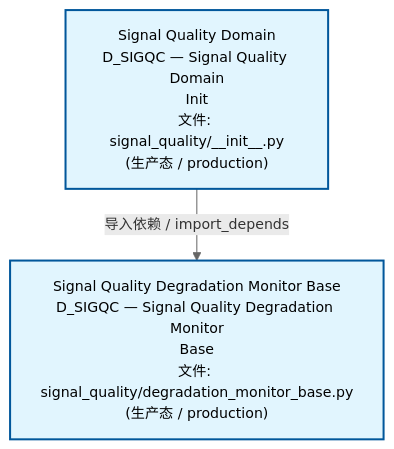
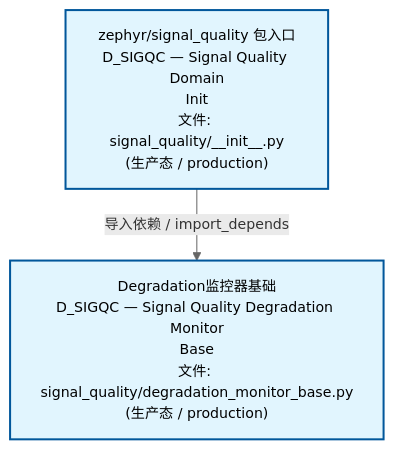
One commit to xuanFelixVan/ZephyrAlpha changed the second of 3 diagrams in docs/02_enterprise_architecture/02_domain_architecture_docs/69_d_sigqc.md. Above: the diagram before and after it, drawn with Mermaid. The commit also changed other lines of this file and 56 other files, not shown here.

````diff
--- a/docs/02_enterprise_architecture/02_domain_architecture_docs/69_d_sigqc.md
+++ b/docs/02_enterprise_architecture/02_domain_architecture_docs/69_d_sigqc.md
@@ -75,12 +75,12 @@
 ```mermaid
 %%{init: {'theme': 'base', 'themeVariables': {'primaryColor': '#eaeaea', 'primaryTextColor': '#333333', 'primaryBorderColor': '#666666', 'lineColor': '#666666', 'secondaryColor': '#eaeaea', 'tertiaryColor': '#eaeaea', 'fontSize': '14px'}}}%%
 flowchart TD
-    src_zephyr_signal_quality_init_py["Signal Quality Domain<br/>D_SIGQC — Signal Quality Domain<br/>Init<br/>文件: signal_quality/__init__.py<br/>(生产态 / production)"]
-    src_zephyr_signal_quality_degradation_monitor_base_py["Signal Quality Degradation Monitor Base<br/>D_SIGQC — Signal Quality Degradation Monitor<br/>Base<br/>文件: signal_quality/degradation_monitor_base.py<br/>(生产态 / production)"]
+    src_zephyr_signal_quality_init_py["zephyr/signal_quality 包入口<br/>D_SIGQC — Signal Quality Domain<br/>Init<br/>文件: signal_quality/__init__.py<br/>(生产态 / production)"]
+    src_zephyr_signal_quality_degradation_monitor_base_py["Degradation监控器基础<br/>D_SIGQC — Signal Quality Degradation Monitor<br/>Base<br/>文件: signal_quality/degradation_monitor_base.py<br/>(生产态 / production)"]
     src_zephyr_signal_quality_init_py -->|导入依赖 / import_depends| src_zephyr_signal_quality_degradation_monitor_base_py
     classDef production fill:#e1f5fe,stroke:#01579b,stroke-width:2px,color:#000
     classDef design fill:#fff3e0,stroke:#e65100,stroke-width:2px,color:#000,stroke-dasharray: 5 5
     classDef external_prod fill:#e8f4fd,stroke:#0277bd,stroke-width:1px,color:#000
     classDef external_design fill:#fff8e7,stroke:#ef6c00,stroke-width:1px,color:#000,stroke-dasharray: 5 5
     class src_zephyr_signal_quality_init_py,src_zephyr_signal_quality_degradation_monitor_base_py production
 ```
````
